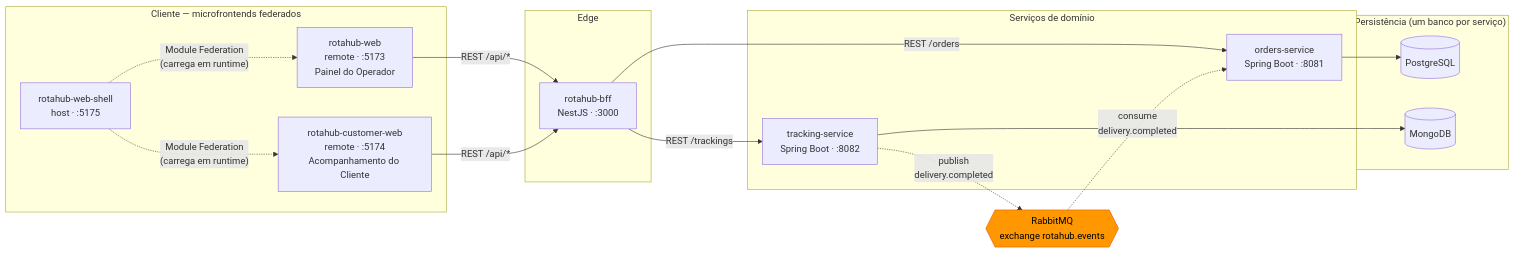
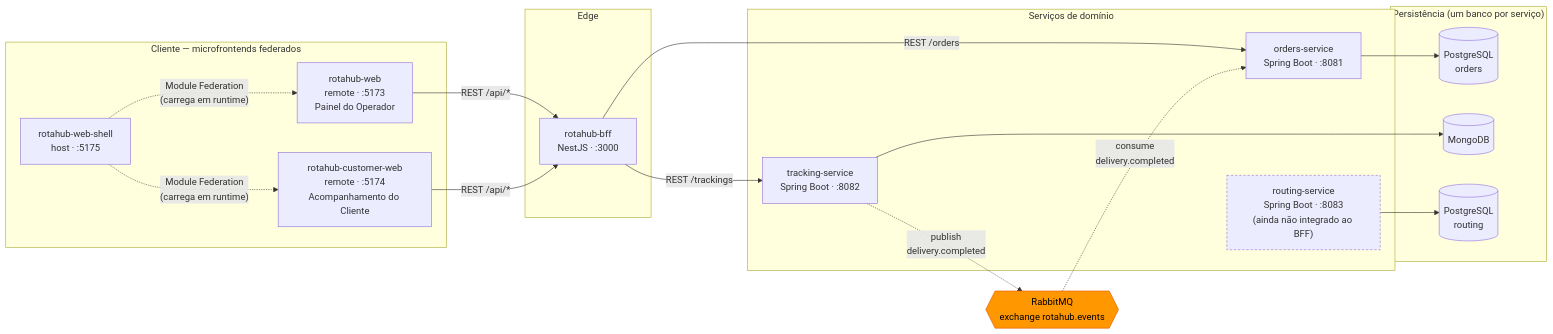
Before and after one commit to ericsonscodeler/rotahub-infra: the first of 2 diagrams in README.md, drawn with Mermaid. The commit also changed other lines of this file and 2 other files, not shown here.

Commit message:
Add routing-service to docs, docker-compose, and architecture diagram

````diff
--- a/README.md
+++ b/README.md
@@ -8,37 +8,41 @@
 ```mermaid
 flowchart LR
     subgraph client["Cliente — microfrontends federados"]
         SHELL["rotahub-web-shell<br/>host · :5175"]
         OPWEB["rotahub-web<br/>remote · :5173<br/>Painel do Operador"]
         CUWEB["rotahub-customer-web<br/>remote · :5174<br/>Acompanhamento do Cliente"]
         SHELL -..->|"Module Federation<br/>(carrega em runtime)"| OPWEB
         SHELL -..->|"Module Federation<br/>(carrega em runtime)"| CUWEB
     end
 
     subgraph edge["Edge"]
         BFF["rotahub-bff<br/>NestJS · :3000"]
     end
 
     subgraph services["Serviços de domínio"]
         ORD["orders-service<br/>Spring Boot · :8081"]
         TRK["tracking-service<br/>Spring Boot · :8082"]
+        RTG["routing-service<br/>Spring Boot · :8083<br/>(ainda não integrado ao BFF)"]
     end
 
     subgraph data["Persistência (um banco por serviço)"]
-        PG[("PostgreSQL")]
+        PG[("PostgreSQL<br/>orders")]
         MG[("MongoDB")]
+        PG2[("PostgreSQL<br/>routing")]
     end
 
     MQ{{"RabbitMQ<br/>exchange rotahub.events"}}
 
     OPWEB -->|"REST /api/*"| BFF
     CUWEB -->|"REST /api/*"| BFF
     BFF -->|"REST /orders"| ORD
     BFF -->|"REST /trackings"| TRK
     ORD --> PG
     TRK --> MG
+    RTG --> PG2
     TRK -.->|"publish<br/>delivery.completed"| MQ
     MQ -.->|"consume<br/>delivery.completed"| ORD
 
     style MQ fill:#ff9800,stroke:#e65100,color:#000
+    style RTG stroke-dasharray: 4 3
 ```
````
